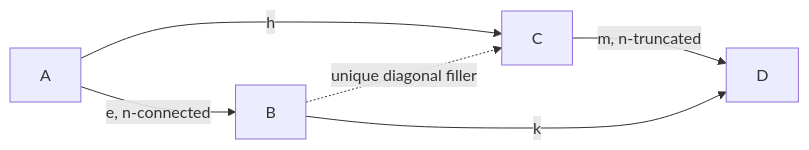
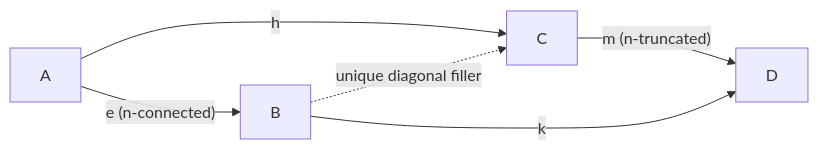
Before and after one commit to superoptimo/type_theory_vaults: the first of 2 diagrams in 14_homotopy_type_theory/Connectedness-and-Orthogonal-Factorization.md, drawn with Mermaid. The commit also changed other lines of this file and 1097 other files, not shown here.

Commit message:
Update vaults books with learning roadmaps

````diff
--- a/14_homotopy_type_theory/Connectedness-and-Orthogonal-Factorization.md
+++ b/14_homotopy_type_theory/Connectedness-and-Orthogonal-Factorization.md
@@ -142,8 +170,8 @@
 ```mermaid
 flowchart LR
-    A -->|e, n-connected| B
-    A -->|h| C
-    B -.->|unique diagonal filler| C
-    C -->|m, n-truncated| D
-    B -->|k| D
+    A -->|"h"| C
+    A -->|"e (n-connected)"| B
+    C -->|"m (n-truncated)"| D
+    B -->|"k"| D
+    B -.->|"unique diagonal filler"| C
 ```
````
